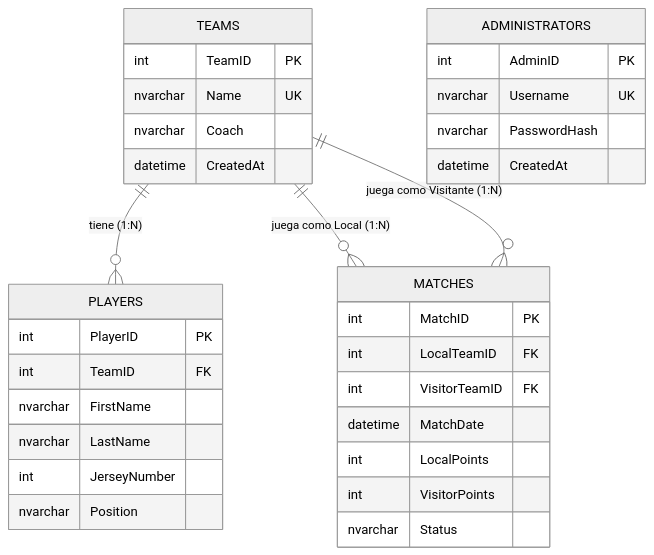
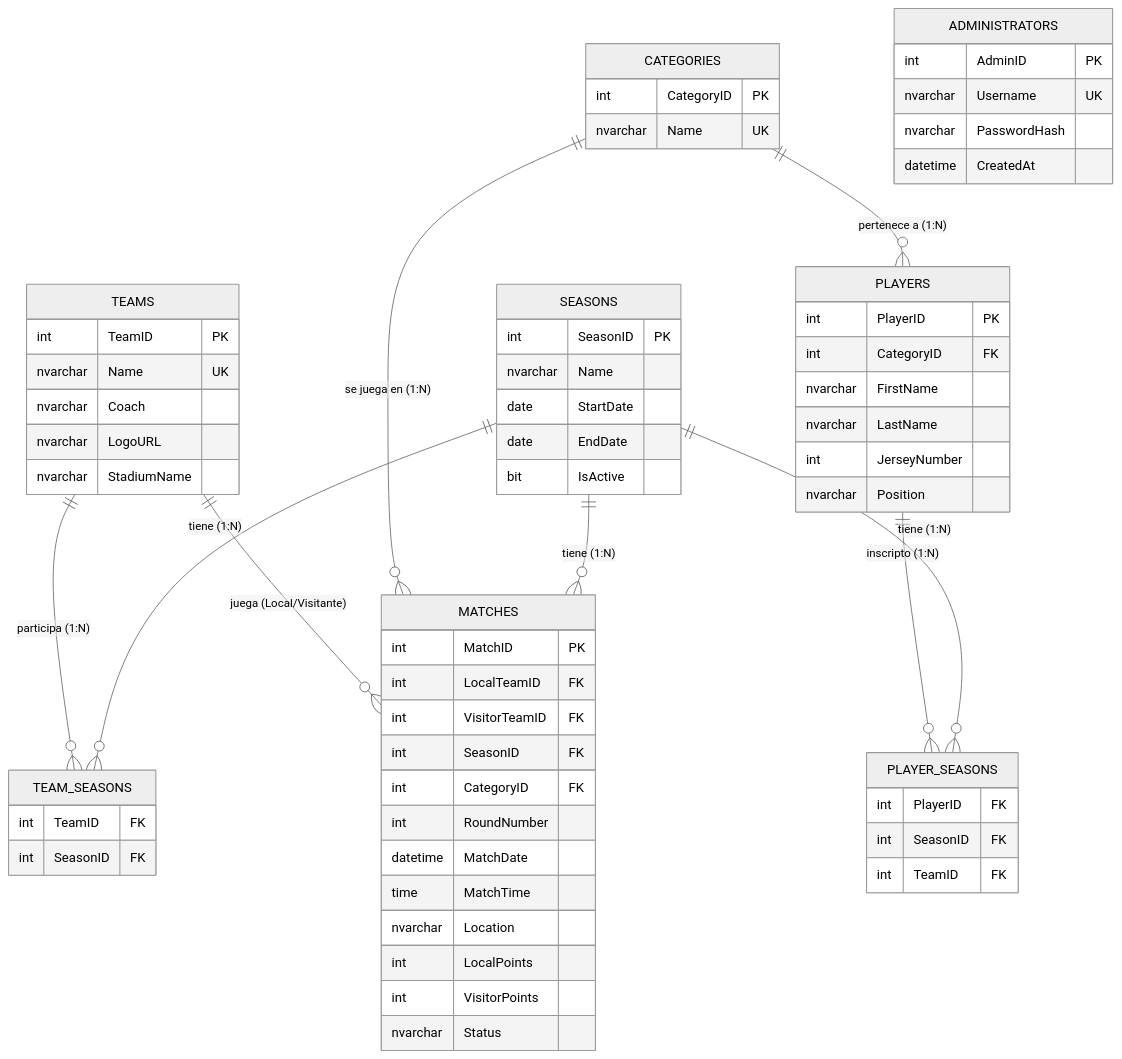
Before and after one commit to tomyhok/TPO_API_2026: the diagram in TPO_Liga/backend/MODELADO_DATOS.md, drawn with Mermaid (neutral theme). The commit also changed other lines of this file and 3 other files, not shown here.

Commit message:
docs: add project architecture, data modeling, and API documentation files

````diff
--- a/TPO_Liga/backend/MODELADO_DATOS.md
+++ b/TPO_Liga/backend/MODELADO_DATOS.md
@@ -12,39 +11,77 @@
 ```mermaid
 erDiagram
-    TEAMS ||--o{ PLAYERS : "tiene (1:N)"
-    TEAMS ||--o{ MATCHES : "juega como Local (1:N)"
-    TEAMS ||--o{ MATCHES : "juega como Visitante (1:N)"
+    SEASONS ||--o{ TEAM_SEASONS : "tiene (1:N)"
+    SEASONS ||--o{ PLAYER_SEASONS : "tiene (1:N)"
+    SEASONS ||--o{ MATCHES : "tiene (1:N)"
+    
+    CATEGORIES ||--o{ MATCHES : "se juega en (1:N)"
+    CATEGORIES ||--o{ PLAYERS : "pertenece a (1:N)"
+
+    TEAMS ||--o{ TEAM_SEASONS : "participa (1:N)"
+    TEAMS ||--o{ MATCHES : "juega (Local/Visitante)"
+    
+    PLAYERS ||--o{ PLAYER_SEASONS : "inscripto (1:N)"
 
     ADMINISTRATORS {
         int AdminID PK
         nvarchar Username UK
         nvarchar PasswordHash
         datetime CreatedAt
     }
 
+    SEASONS {
+        int SeasonID PK
+        nvarchar Name
+        date StartDate
+        date EndDate
+        bit IsActive
+    }
+
+    CATEGORIES {
+        int CategoryID PK
+        nvarchar Name UK
+    }
+
     TEAMS {
         int TeamID PK
         nvarchar Name UK
         nvarchar Coach
-        datetime CreatedAt
+        nvarchar LogoURL
+        nvarchar StadiumName
     }
 
     PLAYERS {
         int PlayerID PK
-        int TeamID FK
+        int CategoryID FK
         nvarchar FirstName
         nvarchar LastName
         int JerseyNumber
         nvarchar Position
     }
 
+    TEAM_SEASONS {
+        int TeamID FK
+        int SeasonID FK
+    }
+
+    PLAYER_SEASONS {
+        int PlayerID FK
+        int SeasonID FK
+        int TeamID FK
+    }
+
     MATCHES {
         int MatchID PK
         int LocalTeamID FK
         int VisitorTeamID FK
+        int SeasonID FK
+        int CategoryID FK
+        int RoundNumber
         datetime MatchDate
+        time MatchTime
+        nvarchar Location
         int LocalPoints
         int VisitorPoints
         nvarchar Status
     }
 ```
````
